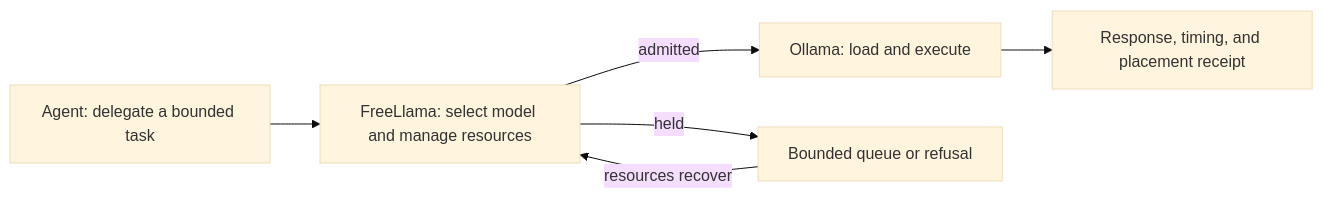
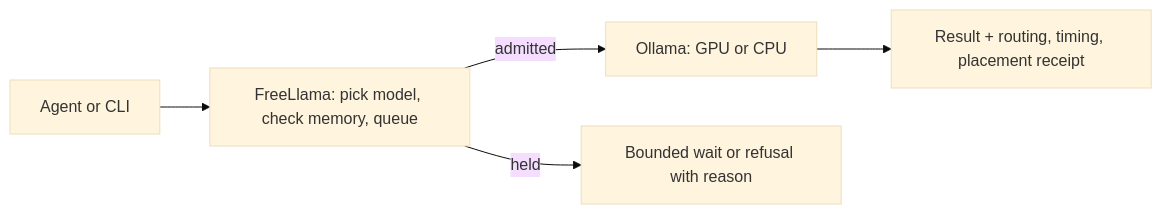
One commit to bgauryy/FreeLlama changed the diagram in README.md. Above: the diagram before and after it, drawn with Mermaid (base theme). The commit also changed other lines of this file and 16 other files, not shown here.

````diff
--- a/README.md
+++ b/README.md
@@ -13,8 +12,7 @@
 ```mermaid
 flowchart LR
-    Agent["Agent: delegate a bounded task"] --> Check["FreeLlama: select model and manage resources"]
-    Check -->|"admitted"| Ollama["Ollama: load and execute"]
-    Check -->|"held"| Wait["Bounded queue or refusal"]
-    Wait -->|"resources recover"| Check
-    Ollama --> Receipt["Response, timing, and placement receipt"]
+    Agent["Agent or CLI"] --> FL["FreeLlama: pick model, check memory, queue"]
+    FL -->|admitted| Ollama["Ollama: GPU or CPU"]
+    FL -->|held| Wait["Bounded wait or refusal with reason"]
+    Ollama --> Receipt["Result + routing, timing, placement receipt"]
 ```
````
